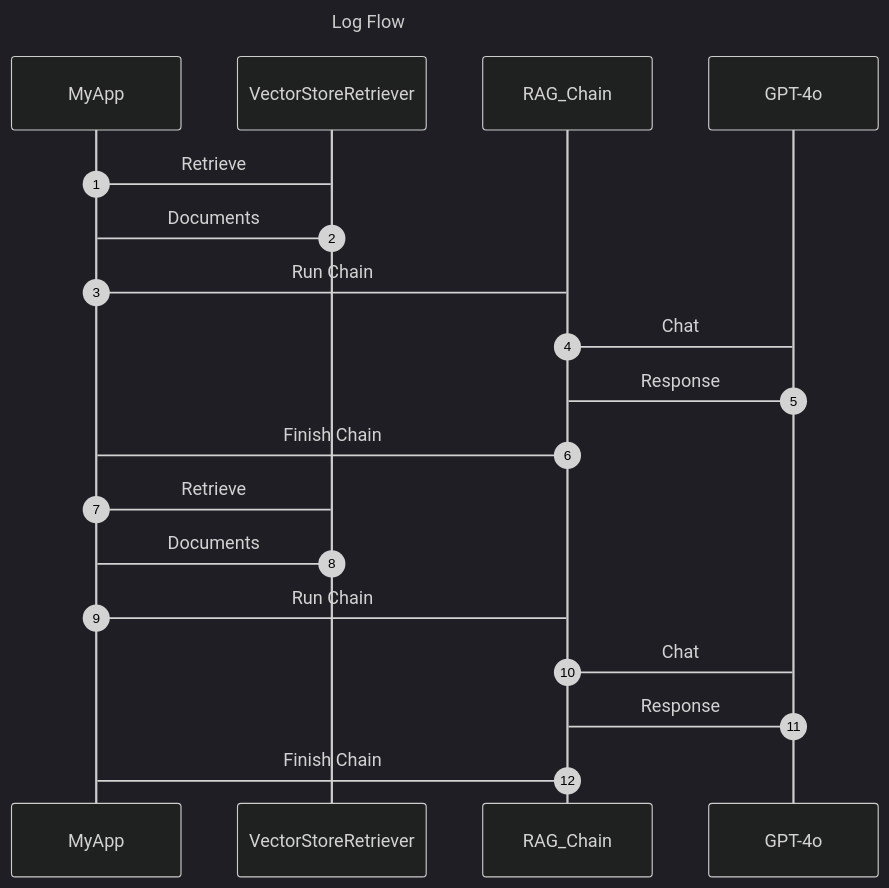
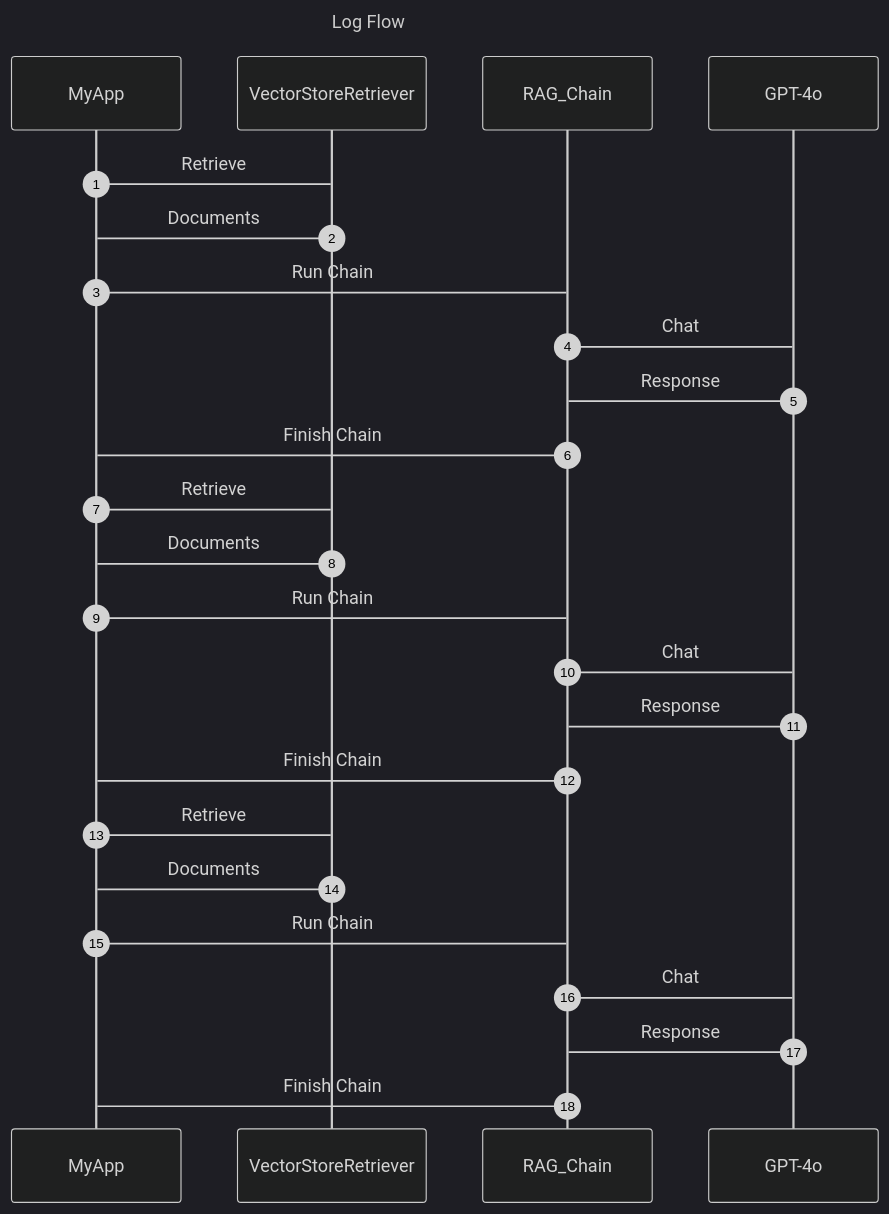
Before and after one commit to xt765/mermaid-trace: the diagram in mermaid_diagrams/examples/langchain_trace.mmd, drawn with Mermaid (dark theme). The commit also changed 27 other files, not shown here.

```diff
--- a/mermaid_diagrams/examples/langchain_trace.mmd
+++ b/mermaid_diagrams/examples/langchain_trace.mmd
@@ -1,16 +1,22 @@
 sequenceDiagram
     title Log Flow
     autonumber
 
 MyApp -> VectorStoreRetriever: Retrieve
 VectorStoreRetriever -> MyApp: Documents
 MyApp -> RAG_Chain: Run Chain
 RAG_Chain -> GPT-4o: Chat
 GPT-4o -> RAG_Chain: Response
 RAG_Chain -> MyApp: Finish Chain
 MyApp -> VectorStoreRetriever: Retrieve
 VectorStoreRetriever -> MyApp: Documents
 MyApp -> RAG_Chain: Run Chain
 RAG_Chain -> GPT-4o: Chat
 GPT-4o -> RAG_Chain: Response
 RAG_Chain -> MyApp: Finish Chain
+MyApp -> VectorStoreRetriever: Retrieve
+VectorStoreRetriever -> MyApp: Documents
+MyApp -> RAG_Chain: Run Chain
+RAG_Chain -> GPT-4o: Chat
+GPT-4o -> RAG_Chain: Response
+RAG_Chain -> MyApp: Finish Chain
```
